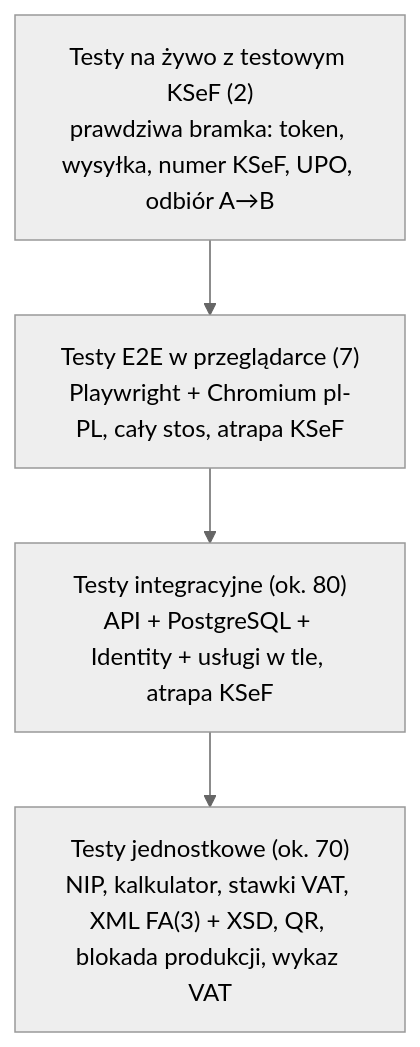
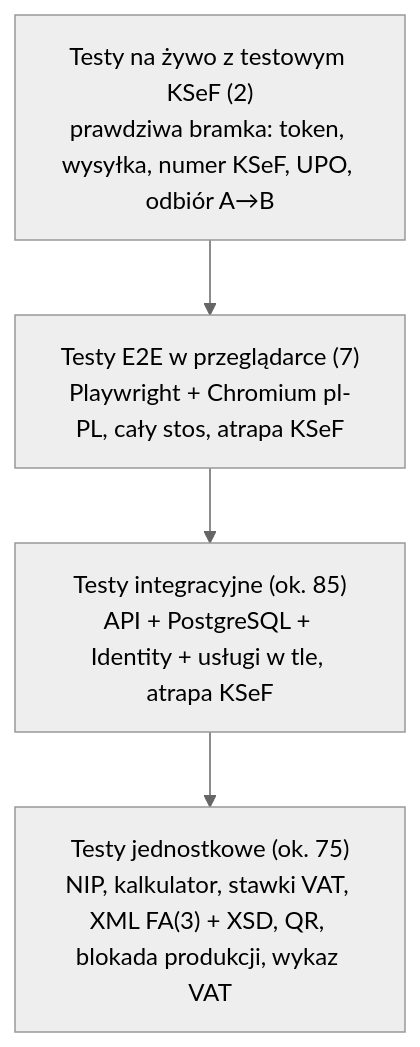
The diagram in docs/testy.md (Kacper-Murawski/Fakturowanie-KSeF), drawn with Mermaid (neutral theme) before and after one commit. The commit also changed other lines of this file and 38 other files, not shown here.

````diff
--- a/docs/testy.md
+++ b/docs/testy.md
@@ -9,8 +9,8 @@
 ```mermaid
 flowchart TB
     L["Testy na żywo z testowym KSeF (2)<br/>prawdziwa bramka: token, wysyłka, numer KSeF, UPO, odbiór A→B"]
     E["Testy E2E w przeglądarce (7)<br/>Playwright + Chromium pl-PL, cały stos, atrapa KSeF"]
-    I["Testy integracyjne (ok. 80)<br/>API + PostgreSQL + Identity + usługi w tle, atrapa KSeF"]
-    U["Testy jednostkowe (ok. 70)<br/>NIP, kalkulator, stawki VAT, XML FA(3) + XSD, QR, blokada produkcji, wykaz VAT"]
+    I["Testy integracyjne (ok. 85)<br/>API + PostgreSQL + Identity + usługi w tle, atrapa KSeF"]
+    U["Testy jednostkowe (ok. 75)<br/>NIP, kalkulator, stawki VAT, XML FA(3) + XSD, QR, blokada produkcji, wykaz VAT"]
     L --> E --> I --> U
 ```
````
